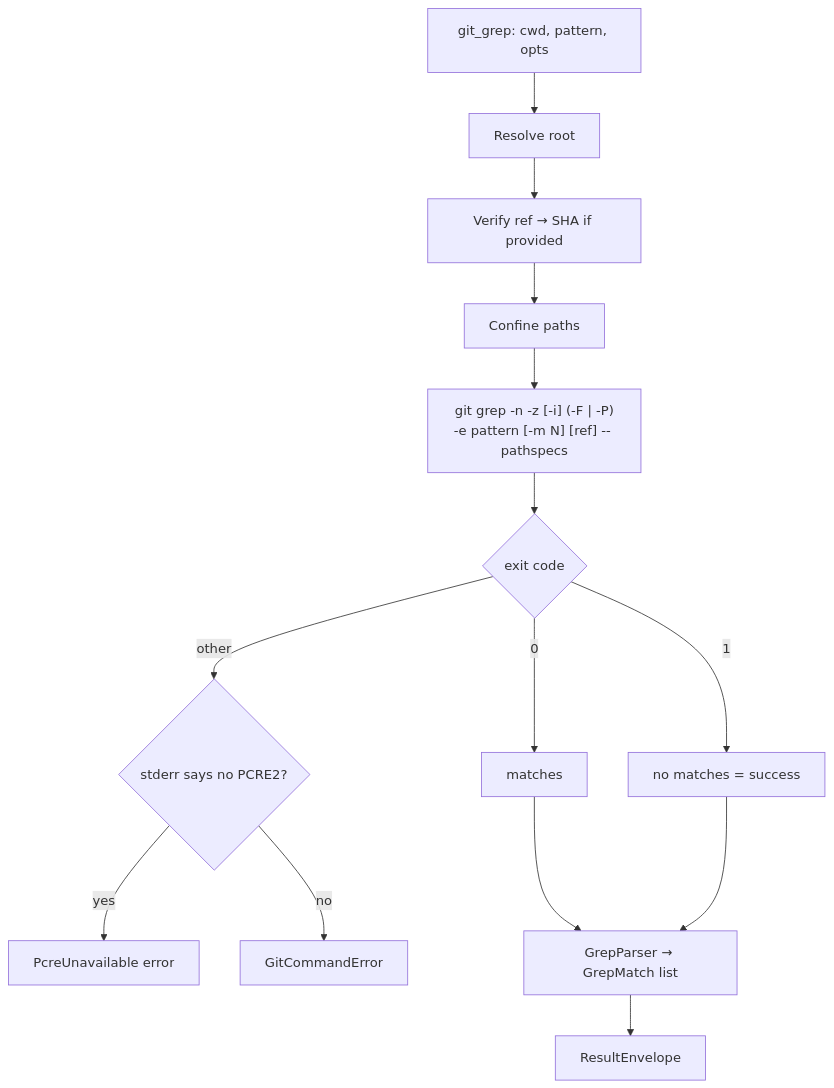
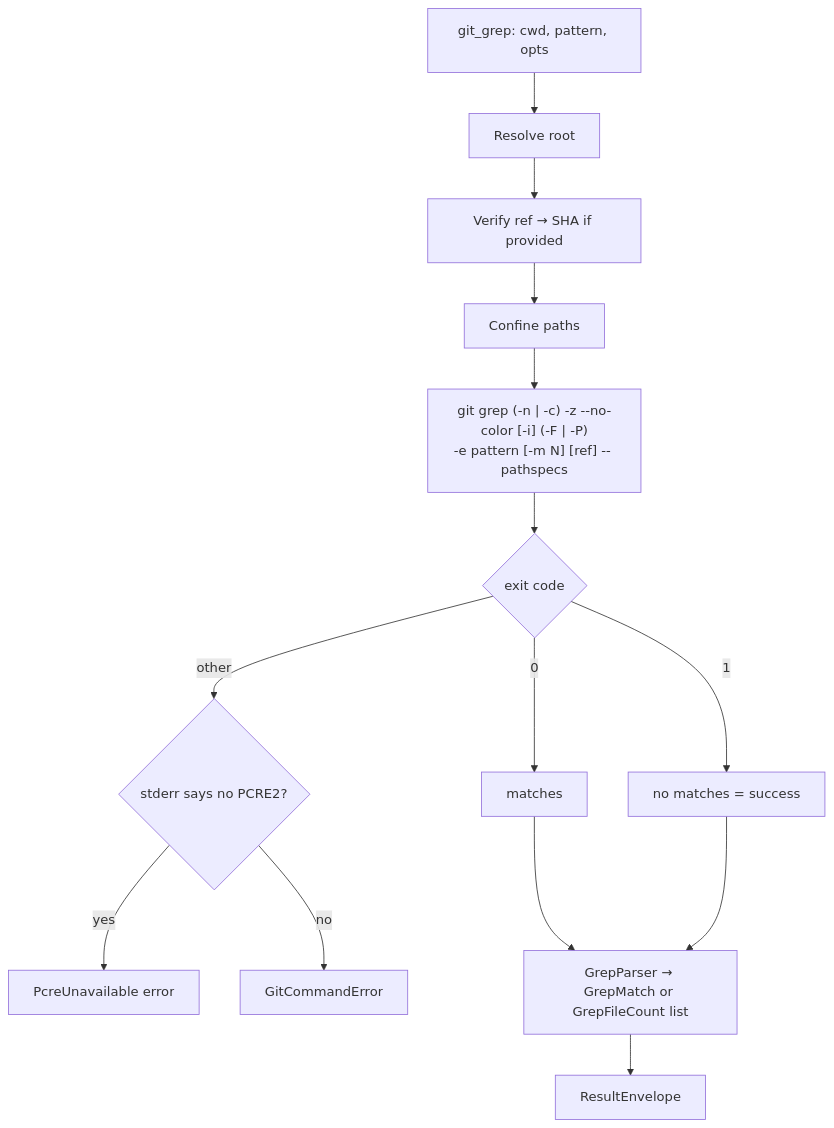
One commit to brenordv/mcp-toolset changed the eighth of 14 diagrams in src/RaccoonNinja.McpToolset.Server.GitOps/README.md. Above: the diagram before and after it, drawn with Mermaid. The commit also changed other lines of this file and 19 other files, not shown here.

````diff
--- a/src/RaccoonNinja.McpToolset.Server.GitOps/README.md
+++ b/src/RaccoonNinja.McpToolset.Server.GitOps/README.md
@@ -316,16 +323,16 @@
 ```mermaid
 flowchart TD
     A[git_grep: cwd, pattern, opts] --> B[Resolve root]
     B --> C[Verify ref → SHA if provided]
     C --> D[Confine paths]
-    D --> E["git grep -n -z [-i] (-F | -P)<br/>-e pattern [-m N] [ref] -- pathspecs"]
+    D --> E["git grep (-n | -c) -z --no-color [-i] (-F | -P)<br/>-e pattern [-m N] [ref] -- pathspecs"]
     E --> F{exit code}
     F -- 0 --> G[matches]
     F -- 1 --> H[no matches = success]
     F -- other --> I{stderr says no PCRE2?}
     I -- yes --> J[PcreUnavailable error]
     I -- no --> K[GitCommandError]
-    G --> L[GrepParser → GrepMatch list]
+    G --> L[GrepParser → GrepMatch or GrepFileCount list]
     H --> L
     L --> M[ResultEnvelope]
 ```
````
